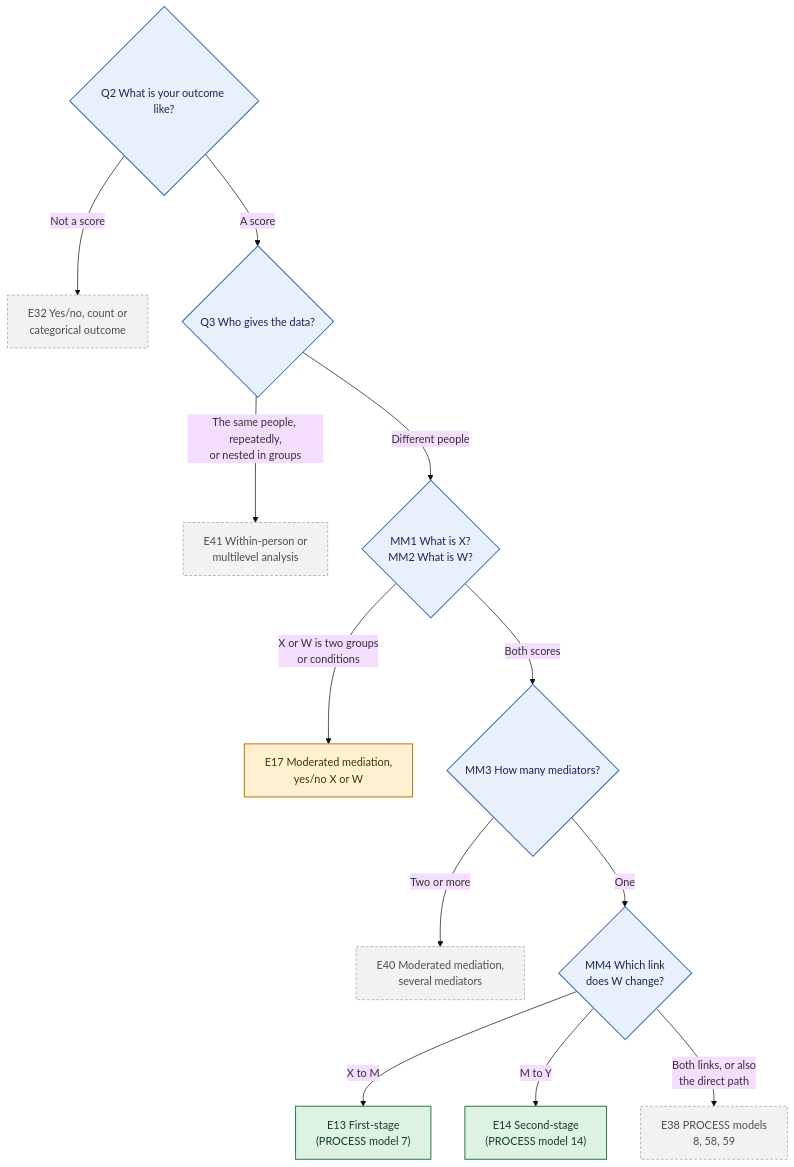
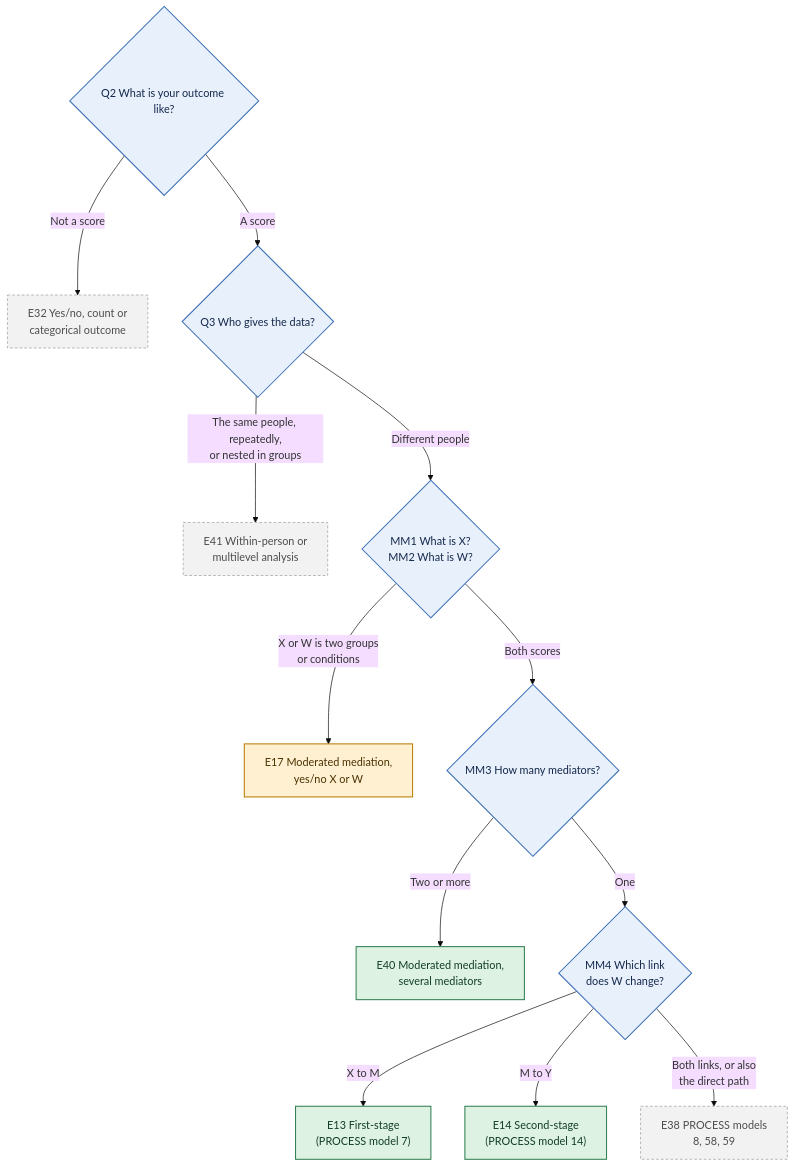
One commit to JoelThornton/Powerkit changed the eighth of 11 diagrams in docs/decision-tree.md. Above: the diagram before and after it, drawn with Mermaid (base theme). The commit also changed other lines of this file and 23 other files, not shown here.

````diff
--- a/docs/decision-tree.md
+++ b/docs/decision-tree.md
@@ -454,24 +454,24 @@
 ```mermaid
 flowchart TD
   Q2{"Q2 What is your outcome like?"}
   Q2 -->|Not a score| E32["E32 Yes/no, count or<br/>categorical outcome"]
   Q2 -->|A score| Q3{"Q3 Who gives the data?"}
   Q3 -->|The same people, repeatedly,<br/>or nested in groups| E41["E41 Within-person or<br/>multilevel analysis"]
   Q3 -->|Different people| MM1{"MM1 What is X?<br/>MM2 What is W?"}
   MM1 -->|X or W is two groups<br/>or conditions| E17["E17 Moderated mediation,<br/>yes/no X or W"]
   MM1 -->|Both scores| MM3{"MM3 How many mediators?"}
   MM3 -->|Two or more| E40["E40 Moderated mediation,<br/>several mediators"]
   MM3 -->|One| MM4{"MM4 Which link<br/>does W change?"}
   MM4 -->|X to M| E13["E13 First-stage<br/>(PROCESS model 7)"]
   MM4 -->|M to Y| E14["E14 Second-stage<br/>(PROCESS model 14)"]
   MM4 -->|Both links, or also<br/>the direct path| E38["E38 PROCESS models<br/>8, 58, 59"]
   class Q2,Q3,MM1,MM3,MM4 q
-  class E13,E14 avail
+  class E13,E14,E40 avail
   class E17 spec
-  class E32,E38,E40,E41 later
+  class E32,E38,E41 later
   classDef q fill:#E8F0FB,stroke:#3B6FB6,color:#14284B,stroke-width:1.5px
   classDef avail fill:#DDF2E3,stroke:#2E7D4F,color:#123D24,stroke-width:1.5px
   classDef spec fill:#FFF0D1,stroke:#B97A00,color:#4A3200,stroke-width:1.5px
   classDef later fill:#F2F2F2,stroke:#9A9A9A,color:#4D4D4D,stroke-width:1px,stroke-dasharray:4 3
   classDef jump fill:#FFFFFF,stroke:#3B6FB6,color:#14284B,stroke-width:1.5px,stroke-dasharray:6 3
 ```
````
